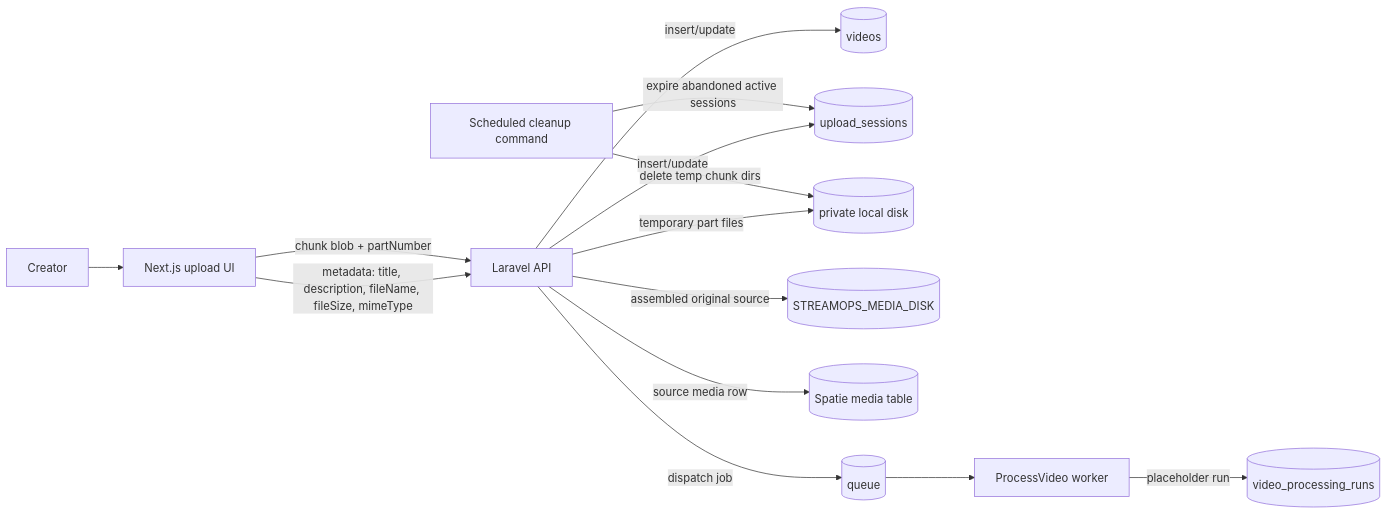
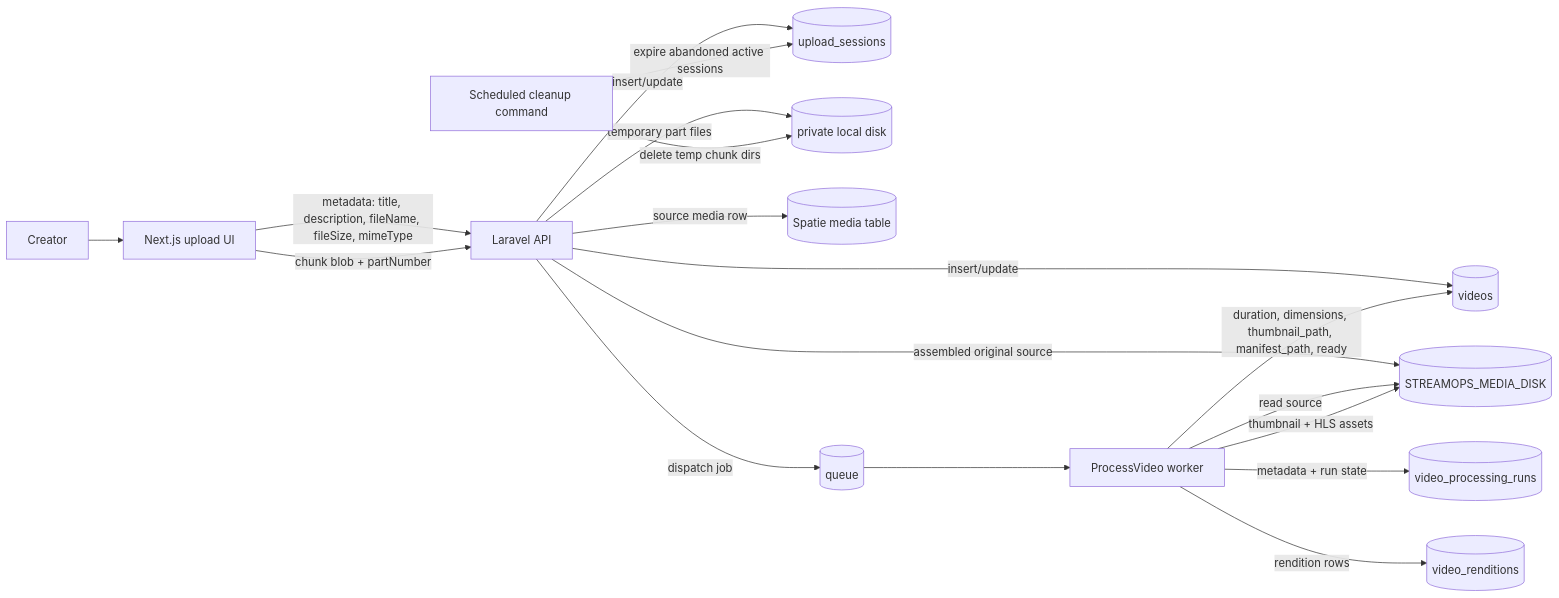
One commit to Tshabalala-Thabo/stream-ops changed the third of 3 diagrams in UPLOAD_VIDEO_DATAFLOW.md. Above: the diagram before and after it, drawn with Mermaid. The commit also changed other lines of this file and 16 other files, not shown here.

First line of the commit message:
feat: add video processing result class and related API endpoints

````diff
--- a/UPLOAD_VIDEO_DATAFLOW.md
+++ b/UPLOAD_VIDEO_DATAFLOW.md
@@ -582,16 +608,20 @@
 ```mermaid
 flowchart LR
     U["Creator"] --> W["Next.js upload UI"]
     W -->|"metadata: title, description, fileName, fileSize, mimeType"| A["Laravel API"]
     A -->|"insert/update"| V[("videos")]
     A -->|"insert/update"| S[("upload_sessions")]
     W -->|"chunk blob + partNumber"| A
     A -->|"temporary part files"| T[("private local disk")]
     A -->|"assembled original source"| M[("STREAMOPS_MEDIA_DISK")]
     A -->|"source media row"| ML[("Spatie media table")]
     A -->|"dispatch job"| Q[("queue")]
     Q --> P["ProcessVideo worker"]
-    P -->|"placeholder run"| R[("video_processing_runs")]
+    P -->|"metadata + run state"| R[("video_processing_runs")]
+    P -->|"read source"| M
+    P -->|"thumbnail + HLS assets"| M
+    P -->|"duration, dimensions, thumbnail_path, manifest_path, ready"| V
+    P -->|"rendition rows"| VR[("video_renditions")]
     C["Scheduled cleanup command"] -->|"expire abandoned active sessions"| S
     C -->|"delete temp chunk dirs"| T
 ```
````
